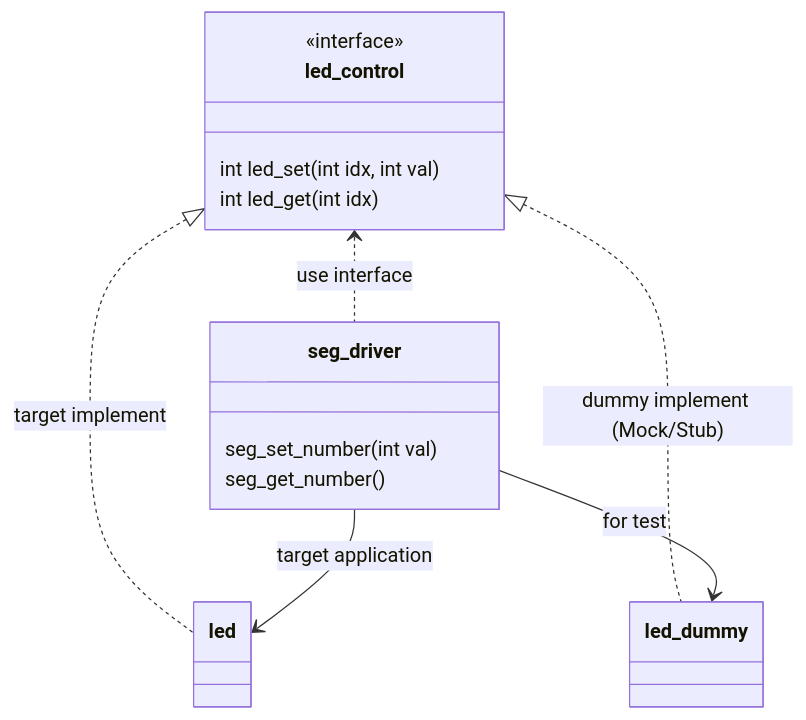
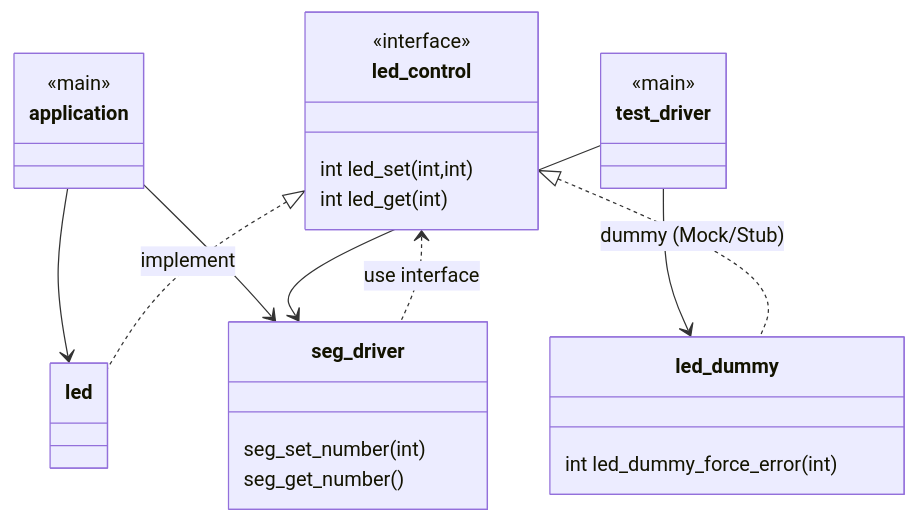
Before and after one commit to ytakio/example_simple_lazy_test: the diagram in README.md, drawn with Mermaid.

Commit message:
fix class diagram

````diff
--- a/README.md
+++ b/README.md
@@ -3,15 +3,23 @@
 ```mermaid
 classDiagram
 class led_control
     <<interface>> led_control
-    led_control : int led_set(int idx, int val)
-    led_control : int led_get(int idx)
+    led_control : int led_set(int,int)
+    led_control : int led_get(int)
+class led_dummy
+    led_dummy : int led_dummy_force_error(int)
 class seg_driver
-    seg_driver : seg_set_number(int val)
+    seg_driver : seg_set_number(int)
     seg_driver : seg_get_number()
-led_control <|.. led : target implement
-led_control <|.. led_dummy : dummy implement (Mock/Stub)
+class test_driver
+    <<main>> test_driver
+class application
+    <<main>> application
+led_control <|.. led : implement
+led_control <|.. led_dummy : dummy (Mock/Stub)
 led_control <.. seg_driver : use interface
-seg_driver --> led : target application
-seg_driver --> led_dummy : for test
+test_driver --> seg_driver
+test_driver --> led_dummy
+application --> seg_driver
+application --> led
 ```
````
